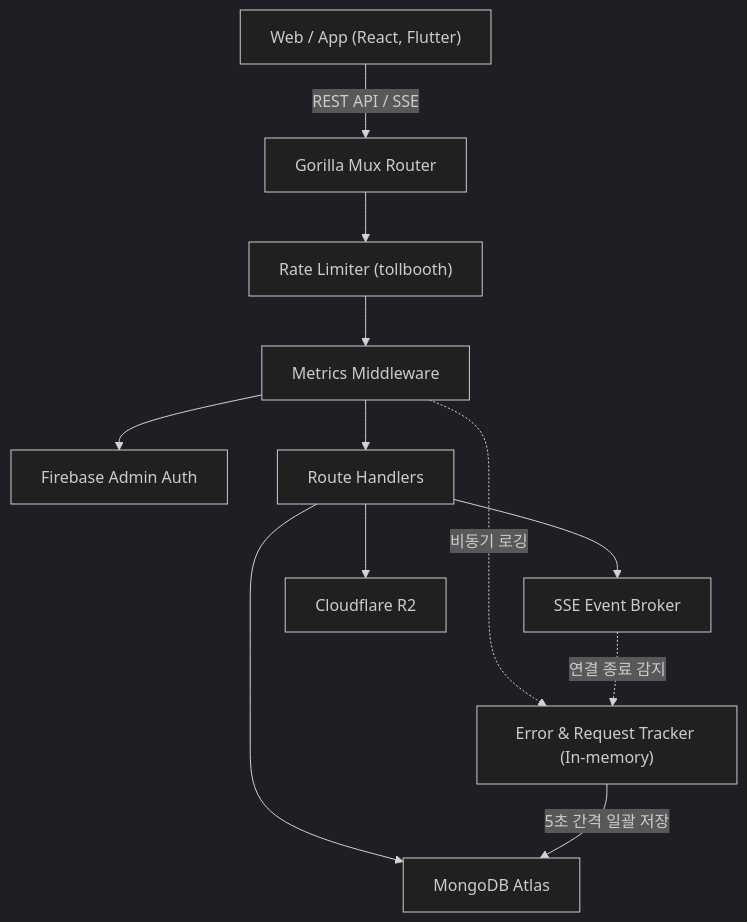
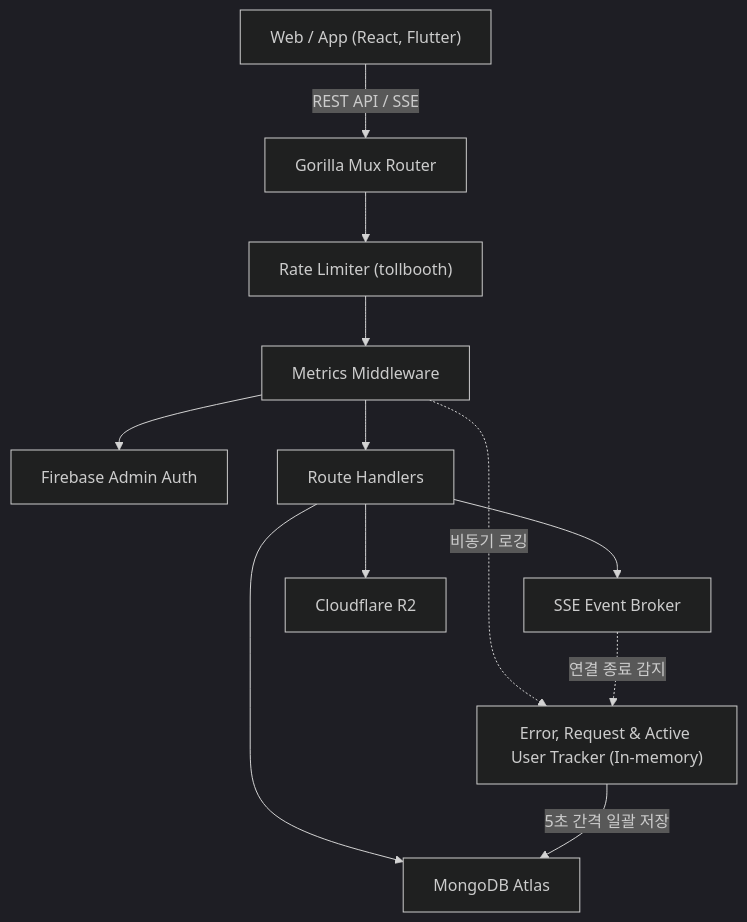
The diagram in README.ko.md (Espi8624/yoyaku_mate_server), drawn with Mermaid (dark theme) before and after one commit. The commit also changed other lines of this file and 10 other files, not shown here.

````diff
--- a/README.ko.md
+++ b/README.ko.md
@@ -65,15 +65,15 @@
 ```mermaid
 graph TD
     Client["Web / App (React, Flutter)"] -->|"REST API / SSE"| Router["Gorilla Mux Router"]
     Router --> Middleware["Rate Limiter (tollbooth)"]
     Middleware --> Metrics["Metrics Middleware"]
     Metrics --> Auth["Firebase Admin Auth"]
     Metrics --> Handlers["Route Handlers"]
     Handlers --> Broker["SSE Event Broker"]
     Handlers --> DB["MongoDB Atlas"]
     Handlers --> Storage["Cloudflare R2"]
     
-    Metrics -.->|비동기 로깅| Tracker["Error & Request Tracker (In-memory)"]
+    Metrics -.->|비동기 로깅| Tracker["Error, Request & Active User Tracker (In-memory)"]
     Broker -.->|연결 종료 감지| Tracker
     Tracker -->|5초 간격 일괄 저장| DB
 ```
````
